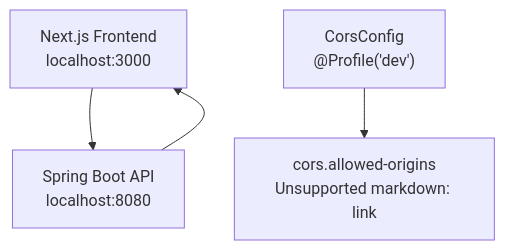
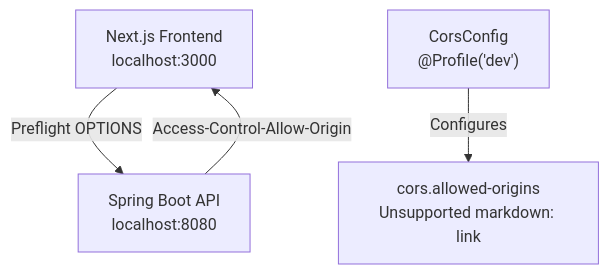
Before and after one commit to philipz/spring-modular-monolith: the seventh of 8 diagrams in docs/deepwiki/Config-Module.md, drawn with Mermaid. The commit also changed other lines of this file and 55 other files, not shown here.

````diff
--- a/docs/deepwiki/Config-Module.md
+++ b/docs/deepwiki/Config-Module.md
@@ -460,12 +460,12 @@
 ```mermaid
 flowchart TD
 
 Frontend["Next.js Frontend<br>localhost:3000"]
 Backend["Spring Boot API<br>localhost:8080"]
 CorsConfig["CorsConfig<br>@Profile('dev')"]
 CorsAllowlist["cors.allowed-origins<br>Unsupported markdown: link"]
 
-Frontend --> Backend
-Backend --> Frontend
-CorsConfig --> CorsAllowlist
+Frontend -->|"Preflight OPTIONS"| Backend
+Backend -->|"Access-Control-Allow-Origin"| Frontend
+CorsConfig -->|"Configures"| CorsAllowlist
 ```
````
